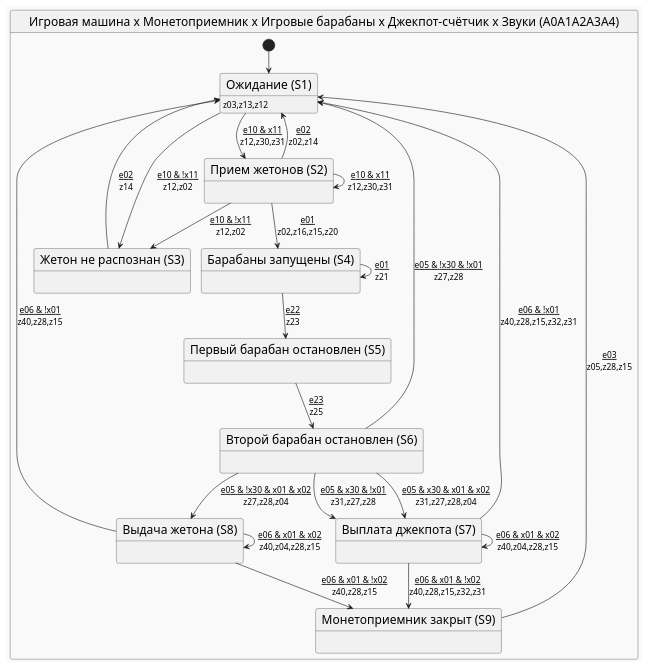
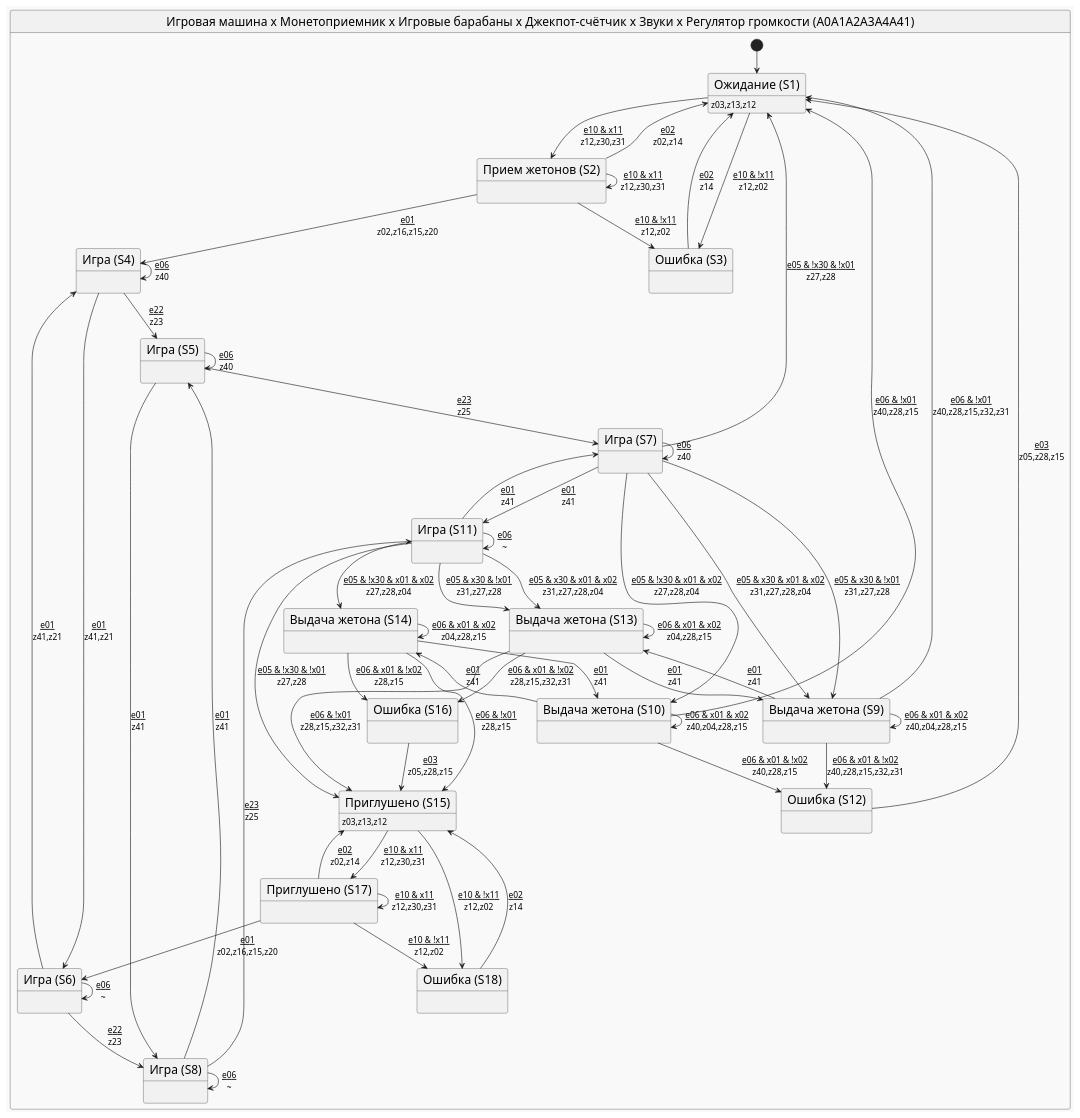
The diagram in articles/multiply_many_nested/puml/final.puml (PhoenixNazarov/fsm-multiply), drawn with PlantUML before and after one commit. The commit also changed 13 other files, not shown here.

```diff
--- a/articles/multiply_many_nested/puml/final.puml
+++ b/articles/multiply_many_nested/puml/final.puml
@@ -1,38 +1,82 @@
 @startuml
 !theme mars
 skinparam stateFontSize 20
 skinparam arrowFontSize 14
-state "Игровая машина x Монетоприемник x Игровые барабаны x Джекпот-счётчик x Звуки (A0A1A2A3A4)" as A0A1A2A3A4 {
-    [*] --> A0A1A2A3A421
-    state "Ожидание (S1)" as A0A1A2A3A421 : <size:14>z03,z13,z12
-    state "Прием жетонов (S2)" as A0A1A2A3A45 : 
-    state "Жетон не распознан (S3)" as A0A1A2A3A46 : 
-    state "Барабаны запущены (S4)" as A0A1A2A3A49 : 
-    state "Первый барабан остановлен (S5)" as A0A1A2A3A48 : 
-    state "Второй барабан остановлен (S6)" as A0A1A2A3A410 : 
-    state "Выплата джекпота (S7)" as A0A1A2A3A415 : 
-    state "Выдача жетона (S8)" as A0A1A2A3A418 : 
-    state "Монетоприемник закрыт (S9)" as A0A1A2A3A419 : 
-    A0A1A2A3A421 --> A0A1A2A3A45 : <u>e10 & x11\nz12,z30,z31
-    A0A1A2A3A421 --> A0A1A2A3A46 : <u>e10 & !x11\nz12,z02
-    A0A1A2A3A45 --> A0A1A2A3A421 : <u>e02\nz02,z14
-    A0A1A2A3A45 --> A0A1A2A3A49 : <u>e01\nz02,z16,z15,z20
-    A0A1A2A3A45 --> A0A1A2A3A45 : <u>e10 & x11\nz12,z30,z31
-    A0A1A2A3A45 --> A0A1A2A3A46 : <u>e10 & !x11\nz12,z02
-    A0A1A2A3A46 --> A0A1A2A3A421 : <u>e02\nz14
-    A0A1A2A3A49 --> A0A1A2A3A48 : <u>e22\nz23
-    A0A1A2A3A49 --> A0A1A2A3A49 : <u>e01\nz21
-    A0A1A2A3A48 --> A0A1A2A3A410 : <u>e23\nz25
-    A0A1A2A3A410 --> A0A1A2A3A415 : <u>e05 & x30 & x01 & x02\nz31,z27,z28,z04
-    A0A1A2A3A410 --> A0A1A2A3A415 : <u>e05 & x30 & !x01\nz31,z27,z28
-    A0A1A2A3A410 --> A0A1A2A3A418 : <u>e05 & !x30 & x01 & x02\nz27,z28,z04
-    A0A1A2A3A410 --> A0A1A2A3A421 : <u>e05 & !x30 & !x01\nz27,z28
-    A0A1A2A3A415 --> A0A1A2A3A415 : <u>e06 & x01 & x02\nz40,z04,z28,z15
-    A0A1A2A3A415 --> A0A1A2A3A419 : <u>e06 & x01 & !x02\nz40,z28,z15,z32,z31
-    A0A1A2A3A415 --> A0A1A2A3A421 : <u>e06 & !x01\nz40,z28,z15,z32,z31
-    A0A1A2A3A418 --> A0A1A2A3A418 : <u>e06 & x01 & x02\nz40,z04,z28,z15
-    A0A1A2A3A418 --> A0A1A2A3A419 : <u>e06 & x01 & !x02\nz40,z28,z15
-    A0A1A2A3A418 --> A0A1A2A3A421 : <u>e06 & !x01\nz40,z28,z15
-    A0A1A2A3A419 --> A0A1A2A3A421 : <u>e03\nz05,z28,z15
+state "Игровая машина x Монетоприемник x Игровые барабаны x Джекпот-счётчик x Звуки x Регулятор громкости (A0A1A2A3A4A41)" as A0A1A2A3A4A41 {
+    [*] --> A0A1A2A3A4A4140
+    state "Ожидание (S1)" as A0A1A2A3A4A4140 : <size:14>z03,z13,z12
+    state "Прием жетонов (S2)" as A0A1A2A3A4A415 : 
+    state "Ошибка (S3)" as A0A1A2A3A4A416 : 
+    state "Игра (S4)" as A0A1A2A3A4A4115 : 
+    state "Игра (S5)" as A0A1A2A3A4A4124 : 
+    state "Игра (S6)" as A0A1A2A3A4A4153 : 
+    state "Игра (S7)" as A0A1A2A3A4A4138 : 
+    state "Игра (S8)" as A0A1A2A3A4A4125 : 
+    state "Выдача жетона (S9)" as A0A1A2A3A4A4144 : 
+    state "Выдача жетона (S10)" as A0A1A2A3A4A4148 : 
+    state "Игра (S11)" as A0A1A2A3A4A4139 : 
+    state "Ошибка (S12)" as A0A1A2A3A4A4131 : 
+    state "Выдача жетона (S13)" as A0A1A2A3A4A4141 : 
+    state "Выдача жетона (S14)" as A0A1A2A3A4A4145 : 
+    state "Приглушено (S15)" as A0A1A2A3A4A4156 : <size:14>z03,z13,z12
+    state "Ошибка (S16)" as A0A1A2A3A4A4146 : 
+    state "Приглушено (S17)" as A0A1A2A3A4A4154 : 
+    state "Ошибка (S18)" as A0A1A2A3A4A4155 : 
+    A0A1A2A3A4A4140 --> A0A1A2A3A4A415 : <u>e10 & x11\nz12,z30,z31
+    A0A1A2A3A4A4140 --> A0A1A2A3A4A416 : <u>e10 & !x11\nz12,z02
+    A0A1A2A3A4A415 --> A0A1A2A3A4A4140 : <u>e02\nz02,z14
+    A0A1A2A3A4A415 --> A0A1A2A3A4A4115 : <u>e01\nz02,z16,z15,z20
+    A0A1A2A3A4A415 --> A0A1A2A3A4A415 : <u>e10 & x11\nz12,z30,z31
+    A0A1A2A3A4A415 --> A0A1A2A3A4A416 : <u>e10 & !x11\nz12,z02
+    A0A1A2A3A4A416 --> A0A1A2A3A4A4140 : <u>e02\nz14
+    A0A1A2A3A4A4115 --> A0A1A2A3A4A4124 : <u>e22\nz23
+    A0A1A2A3A4A4115 --> A0A1A2A3A4A4153 : <u>e01\nz41,z21
+    A0A1A2A3A4A4115 --> A0A1A2A3A4A4115 : <u>e06\nz40
+    A0A1A2A3A4A4124 --> A0A1A2A3A4A4138 : <u>e23\nz25
+    A0A1A2A3A4A4124 --> A0A1A2A3A4A4125 : <u>e01\nz41
+    A0A1A2A3A4A4124 --> A0A1A2A3A4A4124 : <u>e06\nz40
+    A0A1A2A3A4A4153 --> A0A1A2A3A4A4125 : <u>e22\nz23
+    A0A1A2A3A4A4153 --> A0A1A2A3A4A4115 : <u>e01\nz41,z21
+    A0A1A2A3A4A4153 --> A0A1A2A3A4A4153 : <u>e06\n~
+    A0A1A2A3A4A4138 --> A0A1A2A3A4A4144 : <u>e05 & x30 & x01 & x02\nz31,z27,z28,z04
+    A0A1A2A3A4A4138 --> A0A1A2A3A4A4144 : <u>e05 & x30 & !x01\nz31,z27,z28
+    A0A1A2A3A4A4138 --> A0A1A2A3A4A4148 : <u>e05 & !x30 & x01 & x02\nz27,z28,z04
+    A0A1A2A3A4A4138 --> A0A1A2A3A4A4140 : <u>e05 & !x30 & !x01\nz27,z28
+    A0A1A2A3A4A4138 --> A0A1A2A3A4A4139 : <u>e01\nz41
+    A0A1A2A3A4A4138 --> A0A1A2A3A4A4138 : <u>e06\nz40
+    A0A1A2A3A4A4125 --> A0A1A2A3A4A4139 : <u>e23\nz25
+    A0A1A2A3A4A4125 --> A0A1A2A3A4A4124 : <u>e01\nz41
+    A0A1A2A3A4A4125 --> A0A1A2A3A4A4125 : <u>e06\n~
+    A0A1A2A3A4A4144 --> A0A1A2A3A4A4144 : <u>e06 & x01 & x02\nz40,z04,z28,z15
+    A0A1A2A3A4A4144 --> A0A1A2A3A4A4131 : <u>e06 & x01 & !x02\nz40,z28,z15,z32,z31
+    A0A1A2A3A4A4144 --> A0A1A2A3A4A4140 : <u>e06 & !x01\nz40,z28,z15,z32,z31
+    A0A1A2A3A4A4144 --> A0A1A2A3A4A4141 : <u>e01\nz41
+    A0A1A2A3A4A4148 --> A0A1A2A3A4A4148 : <u>e06 & x01 & x02\nz40,z04,z28,z15
+    A0A1A2A3A4A4148 --> A0A1A2A3A4A4131 : <u>e06 & x01 & !x02\nz40,z28,z15
+    A0A1A2A3A4A4148 --> A0A1A2A3A4A4140 : <u>e06 & !x01\nz40,z28,z15
+    A0A1A2A3A4A4148 --> A0A1A2A3A4A4145 : <u>e01\nz41
+    A0A1A2A3A4A4139 --> A0A1A2A3A4A4141 : <u>e05 & x30 & x01 & x02\nz31,z27,z28,z04
+    A0A1A2A3A4A4139 --> A0A1A2A3A4A4141 : <u>e05 & x30 & !x01\nz31,z27,z28
+    A0A1A2A3A4A4139 --> A0A1A2A3A4A4145 : <u>e05 & !x30 & x01 & x02\nz27,z28,z04
+    A0A1A2A3A4A4139 --> A0A1A2A3A4A4156 : <u>e05 & !x30 & !x01\nz27,z28
+    A0A1A2A3A4A4139 --> A0A1A2A3A4A4138 : <u>e01\nz41
+    A0A1A2A3A4A4139 --> A0A1A2A3A4A4139 : <u>e06\n~
+    A0A1A2A3A4A4131 --> A0A1A2A3A4A4140 : <u>e03\nz05,z28,z15
+    A0A1A2A3A4A4141 --> A0A1A2A3A4A4141 : <u>e06 & x01 & x02\nz04,z28,z15
+    A0A1A2A3A4A4141 --> A0A1A2A3A4A4146 : <u>e06 & x01 & !x02\nz28,z15,z32,z31
+    A0A1A2A3A4A4141 --> A0A1A2A3A4A4156 : <u>e06 & !x01\nz28,z15,z32,z31
+    A0A1A2A3A4A4141 --> A0A1A2A3A4A4144 : <u>e01\nz41
+    A0A1A2A3A4A4145 --> A0A1A2A3A4A4145 : <u>e06 & x01 & x02\nz04,z28,z15
+    A0A1A2A3A4A4145 --> A0A1A2A3A4A4146 : <u>e06 & x01 & !x02\nz28,z15
+    A0A1A2A3A4A4145 --> A0A1A2A3A4A4156 : <u>e06 & !x01\nz28,z15
+    A0A1A2A3A4A4145 --> A0A1A2A3A4A4148 : <u>e01\nz41
+    A0A1A2A3A4A4156 --> A0A1A2A3A4A4154 : <u>e10 & x11\nz12,z30,z31
+    A0A1A2A3A4A4156 --> A0A1A2A3A4A4155 : <u>e10 & !x11\nz12,z02
+    A0A1A2A3A4A4146 --> A0A1A2A3A4A4156 : <u>e03\nz05,z28,z15
+    A0A1A2A3A4A4154 --> A0A1A2A3A4A4156 : <u>e02\nz02,z14
+    A0A1A2A3A4A4154 --> A0A1A2A3A4A4153 : <u>e01\nz02,z16,z15,z20
+    A0A1A2A3A4A4154 --> A0A1A2A3A4A4154 : <u>e10 & x11\nz12,z30,z31
+    A0A1A2A3A4A4154 --> A0A1A2A3A4A4155 : <u>e10 & !x11\nz12,z02
+    A0A1A2A3A4A4155 --> A0A1A2A3A4A4156 : <u>e02\nz14
 }
 @enduml
```
